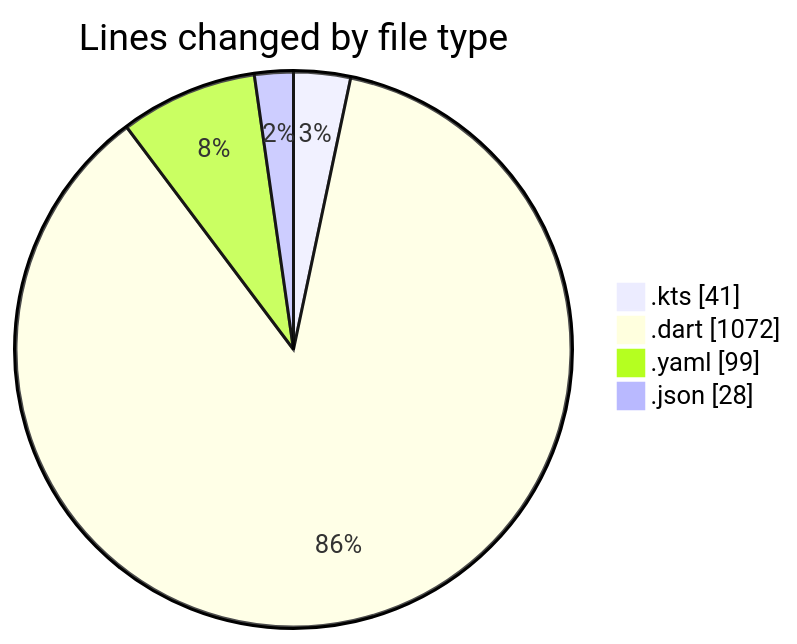
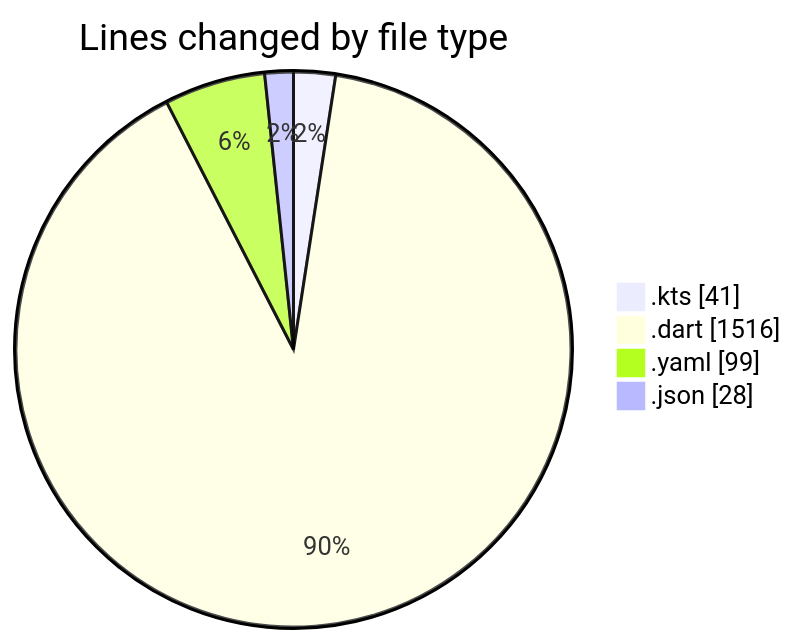
Before and after one commit to donsfak/code-tracking: the first of 2 diagrams in 2025-10-20/weather_insights_app/README.md, drawn with Mermaid. The commit also changed other lines of this file and 1 other file, not shown here.

````diff
--- a/2025-10-20/weather_insights_app/README.md
+++ b/2025-10-20/weather_insights_app/README.md
@@ -28,8 +28,8 @@
 ```mermaid
 pie showData
 title Lines changed by file type
 ".kts" : 41
-".dart" : 1072
+".dart" : 1516
 ".yaml" : 99
 ".json" : 28
 ```
````
